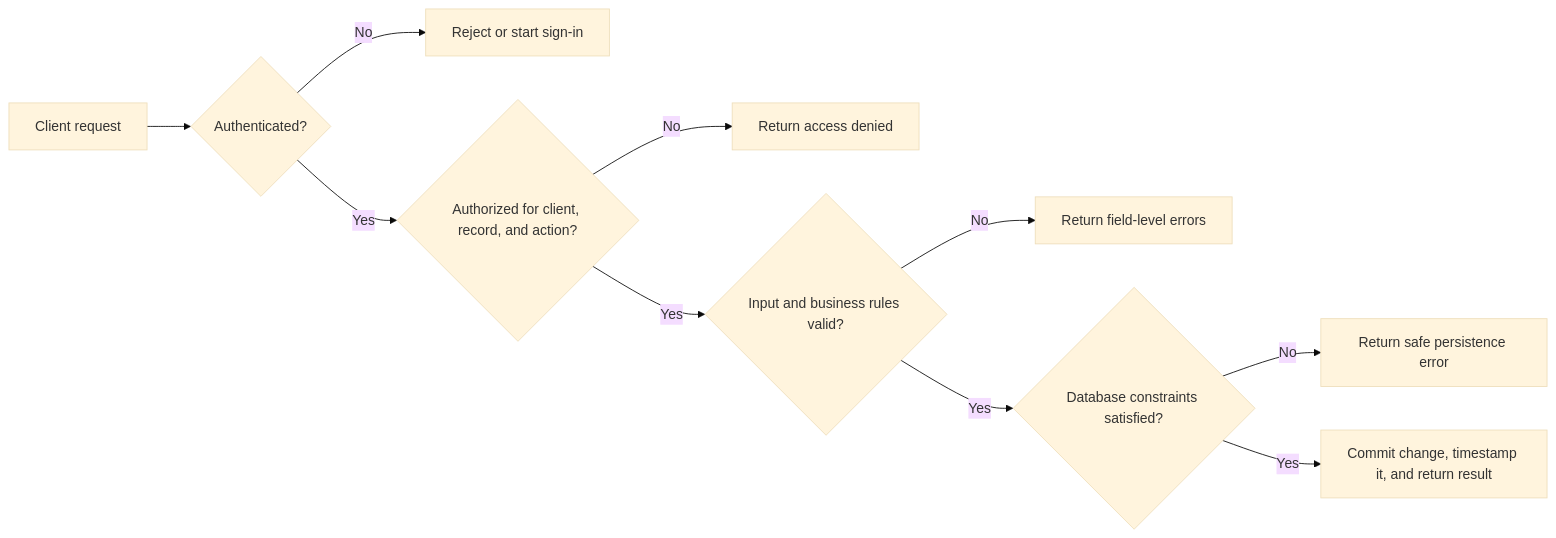
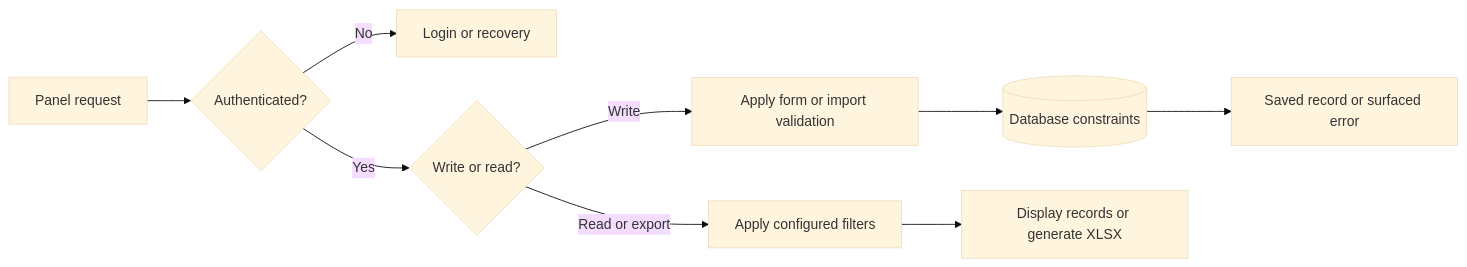
One commit to zrlldy/alumni-tracer changed the third of 3 diagrams in requirements-modeling.md. Above: the diagram before and after it, drawn with Mermaid (base theme). The commit also changed other lines of this file and 19 other files, not shown here.

````diff
--- a/requirements-modeling.md
+++ b/requirements-modeling.md
@@ -181,12 +170,11 @@
 ```mermaid
 flowchart LR
-    R[Client request] --> AU{Authenticated?}
-    AU -->|No| X1[Reject or start sign-in]
-    AU -->|Yes| AZ{Authorized for client, record, and action?}
-    AZ -->|No| X2[Return access denied]
-    AZ -->|Yes| VA{Input and business rules valid?}
-    VA -->|No| X3[Return field-level errors]
-    VA -->|Yes| DB{Database constraints satisfied?}
-    DB -->|No| X4[Return safe persistence error]
-    DB -->|Yes| OK[Commit change, timestamp it, and return result]
+    R[Panel request] --> A{Authenticated?}
+    A -->|No| L[Login or recovery]
+    A -->|Yes| O{Write or read?}
+    O -->|Write| V[Apply form or import validation]
+    V --> D[(Database constraints)]
+    D --> C[Saved record or surfaced error]
+    O -->|Read or export| F[Apply configured filters]
+    F --> Q[Display records or generate XLSX]
 ```
````
